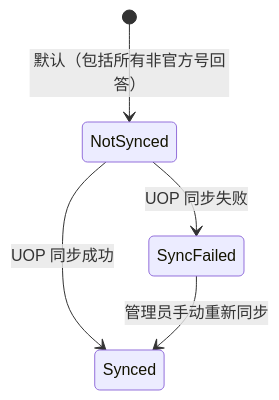
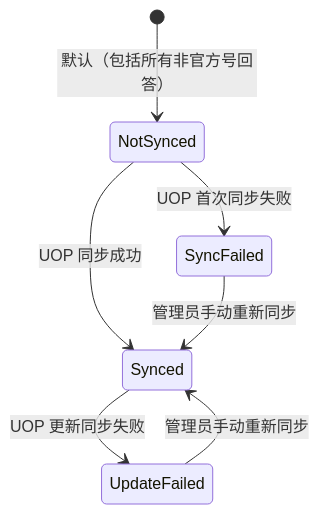
The fourth of 4 diagrams in requirement/modules/05.08-回答管理（管理后台）.md (PM-Billy/engineer-online), drawn with Mermaid before and after one commit. The commit also changed other lines of this file and 7 other files, not shown here.

````diff
--- a/requirement/modules/05.08-回答管理（管理后台）.md
+++ b/requirement/modules/05.08-回答管理（管理后台）.md
@@ -192,7 +192,9 @@
 ```mermaid
 stateDiagram-v2
     [*] --> NotSynced : 默认（包括所有非官方号回答）
     NotSynced --> Synced : UOP 同步成功
-    NotSynced --> SyncFailed : UOP 同步失败
+    NotSynced --> SyncFailed : UOP 首次同步失败
+    Synced --> UpdateFailed : UOP 更新同步失败
     SyncFailed --> Synced : 管理员手动重新同步
+    UpdateFailed --> Synced : 管理员手动重新同步
 ```
````
